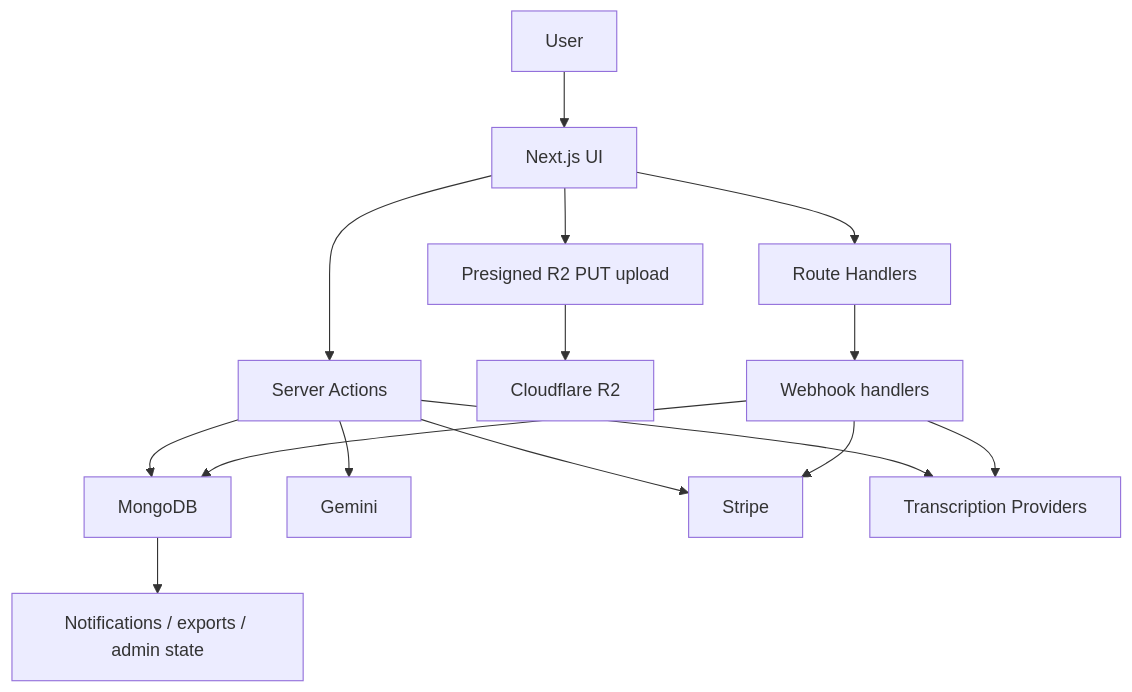
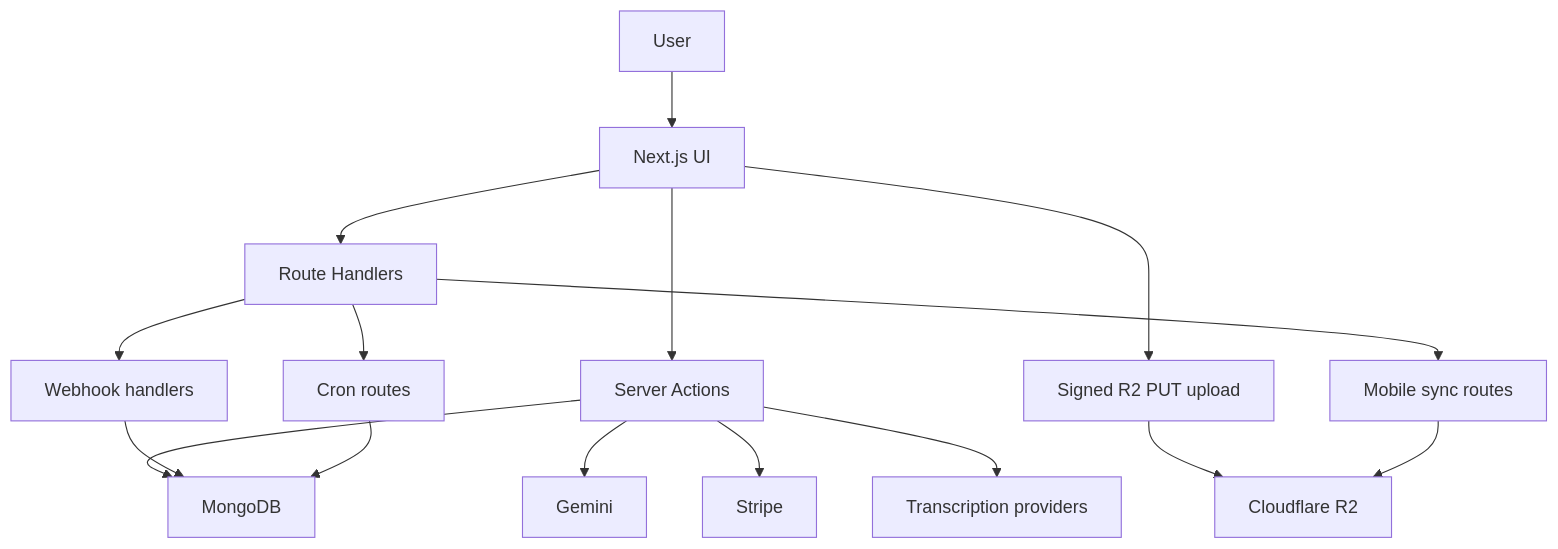
One commit to virusz4274/callery changed the diagram in docs/architecture.md. Above: the diagram before and after it, drawn with Mermaid. The commit also changed other lines of this file and 23 other files, not shown here.

````diff
--- a/docs/architecture.md
+++ b/docs/architecture.md
@@ -20,20 +19,21 @@
 ```mermaid
 graph TD
-    U["User"] --> UI["Next.js UI"]
+    User["User"] --> UI["Next.js UI"]
     UI --> SA["Server Actions"]
     UI --> API["Route Handlers"]
-    UI --> R2PUT["Presigned R2 PUT upload"]
+    UI --> R2PUT["Signed R2 PUT upload"]
+
+    SA --> Mongo["MongoDB"]
+    SA --> Gemini["Gemini"]
+    SA --> Stripe["Stripe"]
+    SA --> Providers["Transcription providers"]
+
+    API --> Webhooks["Webhook handlers"]
+    API --> Cron["Cron routes"]
+    API --> Mobile["Mobile sync routes"]
+
     R2PUT --> R2["Cloudflare R2"]
-
-    SA --> MDB["MongoDB"]
-    SA --> GEM["Gemini"]
-    SA --> STRIPE["Stripe"]
-    SA --> TR["Transcription Providers"]
-
-    API --> WH["Webhook handlers"]
-    WH --> MDB
-    WH --> STRIPE
-    WH --> TR
-
-    MDB --> NOTIFY["Notifications / exports / admin state"]
+    Webhooks --> Mongo
+    Cron --> Mongo
+    Mobile --> R2
 ```
````
